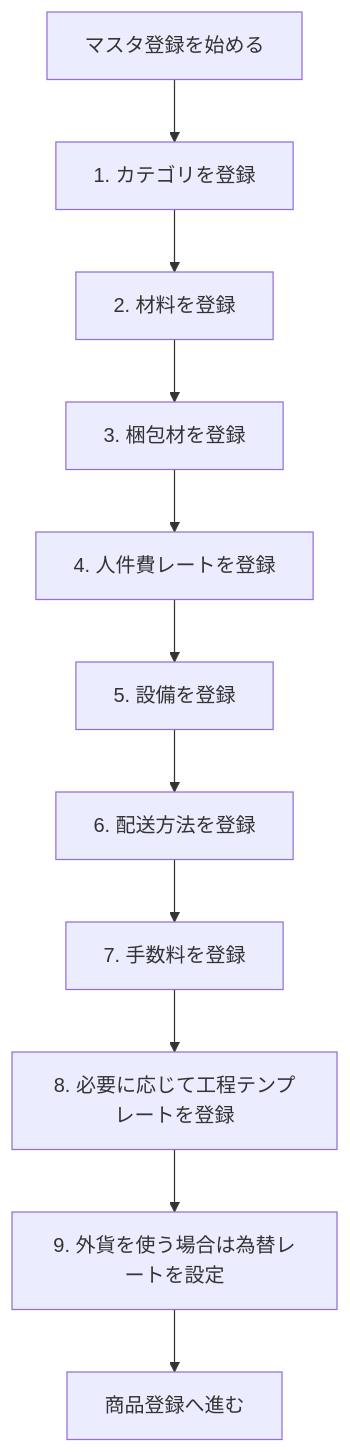
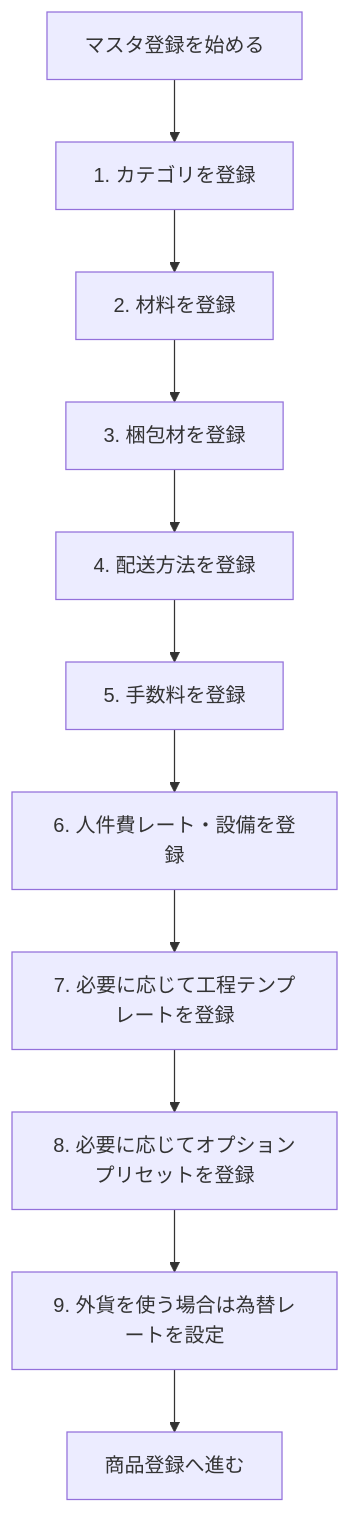
One commit to toru0514/cost-app changed the fourth of 4 diagrams in docs/04-master-registration.md. Above: the diagram before and after it, drawn with Mermaid. The commit also changed other lines of this file and 3 other files, not shown here.

````diff
--- a/docs/04-master-registration.md
+++ b/docs/04-master-registration.md
@@ -227,13 +234,13 @@
 ```mermaid
 flowchart TD
     A[マスタ登録を始める] --> B[1. カテゴリを登録]
     B --> C[2. 材料を登録]
     C --> D[3. 梱包材を登録]
-    D --> E[4. 人件費レートを登録]
-    E --> F[5. 設備を登録]
-    F --> G[6. 配送方法を登録]
-    G --> H[7. 手数料を登録]
-    H --> I[8. 必要に応じて工程テンプレートを登録]
+    D --> E[4. 配送方法を登録]
+    E --> F[5. 手数料を登録]
+    F --> G[6. 人件費レート・設備を登録]
+    G --> H[7. 必要に応じて工程テンプレートを登録]
+    H --> I[8. 必要に応じてオプションプリセットを登録]
     I --> J[9. 外貨を使う場合は為替レートを設定]
     J --> K[商品登録へ進む]
 ```
````
